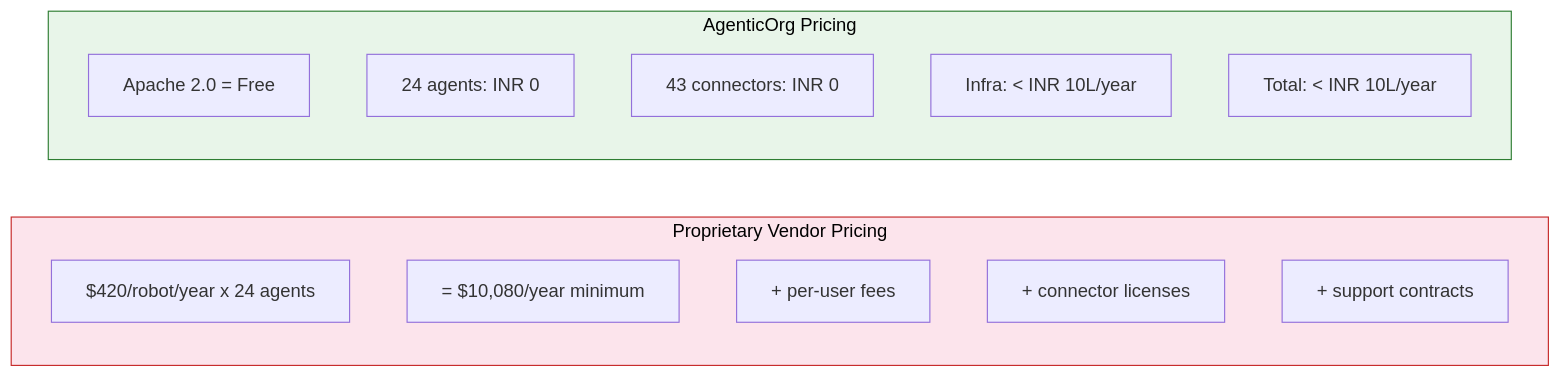
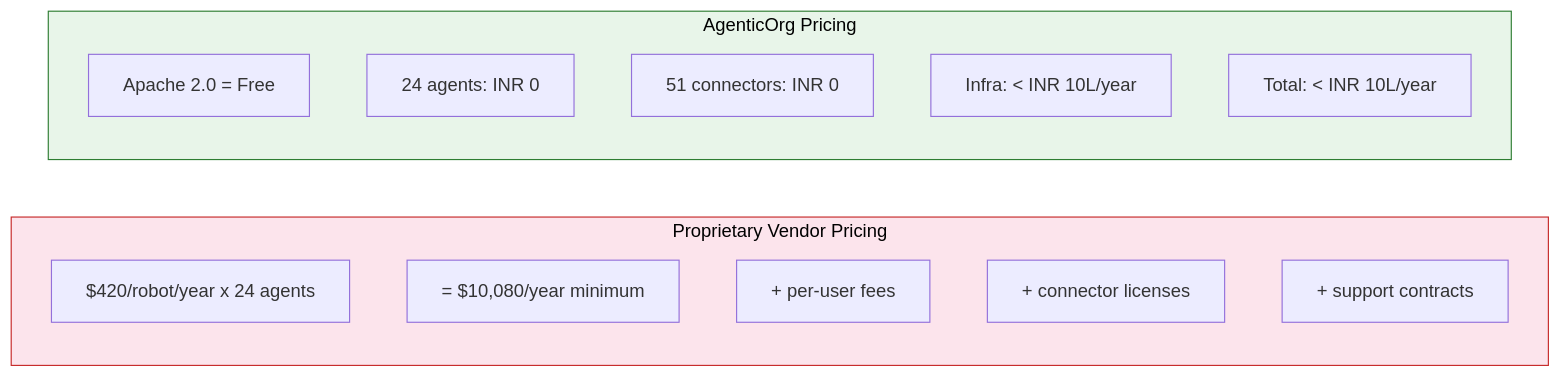
Before and after one commit to mishrasanjeev/agentic-org: the fifth of 7 diagrams in docs/why-agenticorg.md, drawn with Mermaid. The commit also changed 38 other files, not shown here.

````diff
--- a/docs/why-agenticorg.md
+++ b/docs/why-agenticorg.md
@@ -236,21 +236,21 @@
 ```mermaid
 graph LR
     subgraph Proprietary["Proprietary Vendor Pricing"]
         P1["$420/robot/year x 24 agents"]
         P2["= $10,080/year minimum"]
         P3["+ per-user fees"]
         P4["+ connector licenses"]
         P5["+ support contracts"]
     end
 
     subgraph OpenSource["AgenticOrg Pricing"]
         O1["Apache 2.0 = Free"]
         O2["24 agents: INR 0"]
-        O3["43 connectors: INR 0"]
+        O3["51 connectors: INR 0"]
         O4["Infra: < INR 10L/year"]
         O5["Total: < INR 10L/year"]
     end
 
     style Proprietary fill:#fce4ec,stroke:#c62828,color:#000
     style OpenSource fill:#e8f5e9,stroke:#2e7d32,color:#000
 ```
````
